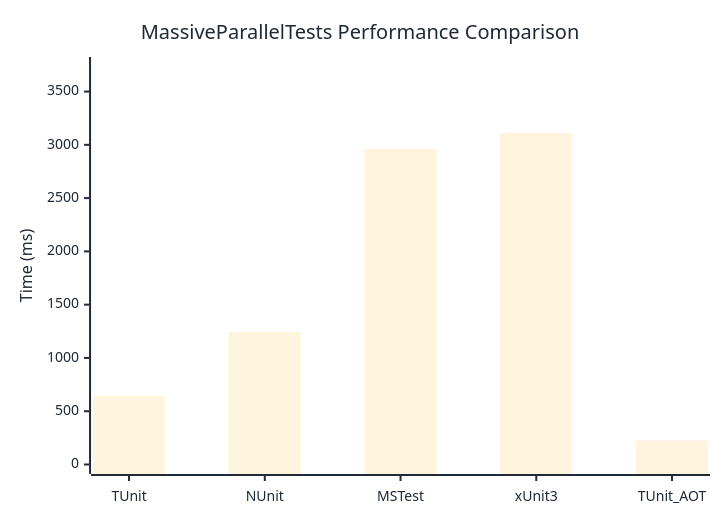
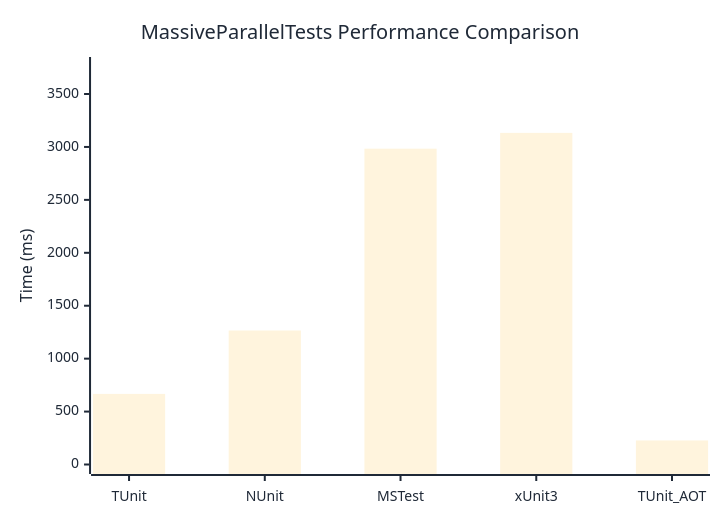
One commit to weiyilai/TUnit changed the diagram in docs/docs/benchmarks/MassiveParallelTests.md. Above: the diagram before and after it, drawn with Mermaid. The commit also changed other lines of this file and 17 other files, not shown here.

````diff
--- a/docs/docs/benchmarks/MassiveParallelTests.md
+++ b/docs/docs/benchmarks/MassiveParallelTests.md
@@ -27,37 +27,37 @@
 ```mermaid
 %%{init: {
   'theme':'base',
   'themeVariables': {
     'primaryColor': '#2563eb',
     'primaryTextColor': '#1f2937',
     'primaryBorderColor': '#1e40af',
     'lineColor': '#6b7280',
     'secondaryColor': '#7c3aed',
     'tertiaryColor': '#dc2626',
     'background': '#ffffff',
     'mainBkg': '#2563eb',
     'secondBkg': '#7c3aed',
     'tertiaryBkg': '#dc2626',
     'clusterBkg': '#f3f4f6',
     'edgeLabelBackground': '#ffffff',
     'tertiaryTextColor': '#1f2937',
     'pie1': '#2563eb',
     'pie2': '#7c3aed',
     'pie3': '#dc2626',
     'pie4': '#f59e0b',
     'pie5': '#10b981',
     'pie6': '#06b6d4',
     'pie7': '#ec4899',
     'pie8': '#6366f1',
     'pie9': '#84cc16',
     'pie10': '#f97316',
     'pie11': '#14b8a6',
     'pie12': '#a855f7'
   }
 }}%%
 xychart-beta
   title "MassiveParallelTests Performance Comparison"
   x-axis ["TUnit", "NUnit", "MSTest", "xUnit3", "TUnit_AOT"]
-  y-axis "Time (ms)" 0 --> 3735
-  bar [645.9, 1243.4, 2962.4, 3112.1, 225.7]
+  y-axis "Time (ms)" 0 --> 3760
+  bar [667, 1265.9, 2983.6, 3132.9, 227.1]
 ```
````
